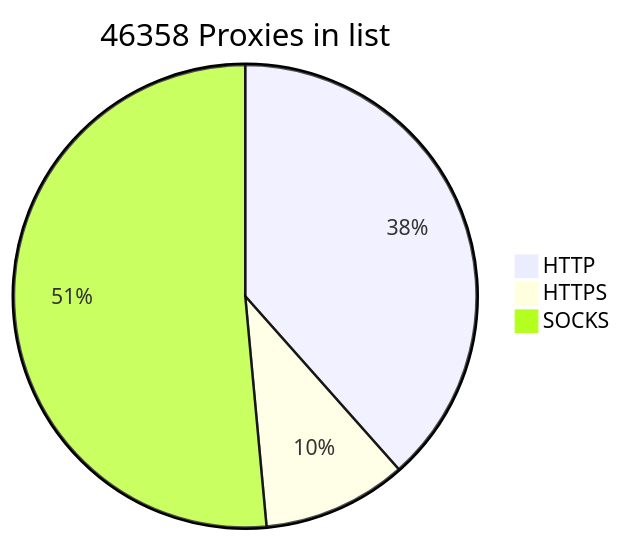
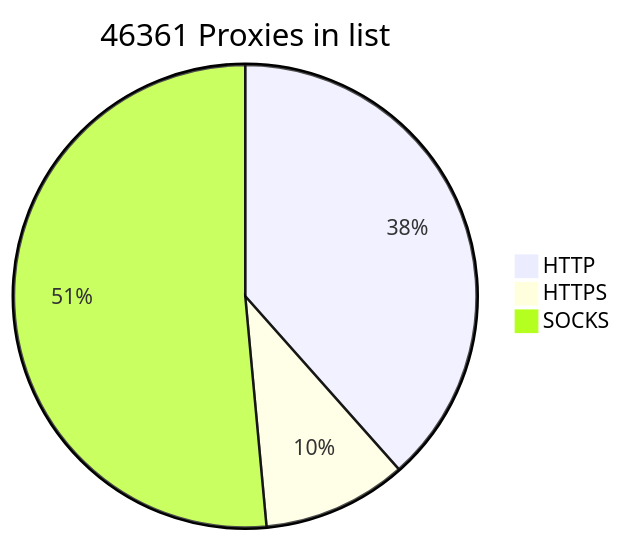
Before and after one commit to BlackSnowDot/proxylist-update-every-minute: the diagram in README.md, drawn with Mermaid.

````diff
--- a/README.md
+++ b/README.md
@@ -2,6 +2,6 @@
 ```mermaid
-pie title 46358 Proxies in list
-    "HTTP" : 19524
-    "HTTPS": 5120
-    "SOCKS" : 26137
+pie title 46361 Proxies in list
+    "HTTP" : 19525
+    "HTTPS": 5122
+    "SOCKS" : 26138
 ```
````
